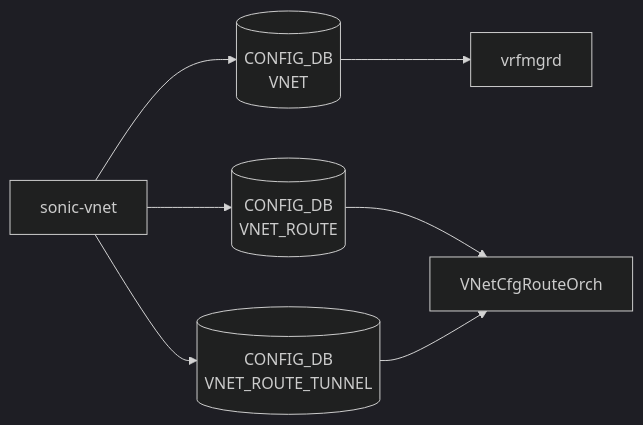
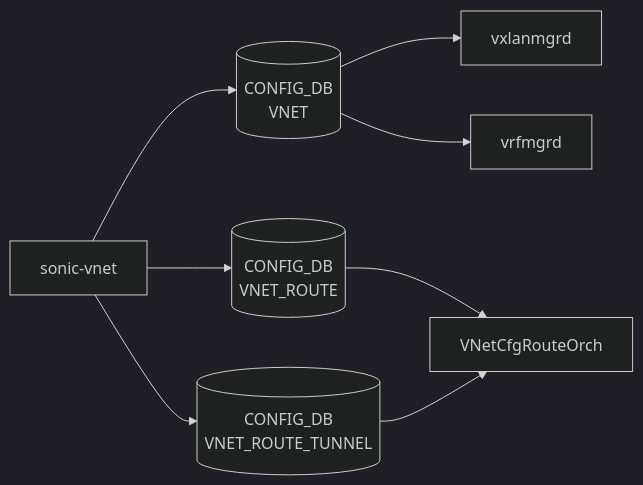
Before and after one commit to aoki-taquan/sonic-unofficial-docs: the diagram in docs/reference/yang/sonic-vnet.md, drawn with Mermaid (dark theme). The commit also changed other lines of this file and 10 other files, not shown here.

````diff
--- a/docs/reference/yang/sonic-vnet.md
+++ b/docs/reference/yang/sonic-vnet.md
@@ -32,15 +32,17 @@
 ```mermaid
 flowchart LR
   Y["sonic-vnet"]
   C1[("CONFIG_DB<br/>VNET")]
   Y --> C1
-  D1["vrfmgrd"]
+  D1["vxlanmgrd"]
+  D1b["vrfmgrd"]
   C1 --> D1
+  C1 --> D1b
   C2[("CONFIG_DB<br/>VNET_ROUTE")]
   Y --> C2
   D2["VNetCfgRouteOrch"]
   C2 --> D2
   C3[("CONFIG_DB<br/>VNET_ROUTE_TUNNEL")]
   Y --> C3
   C3 --> D2
 ```
````
